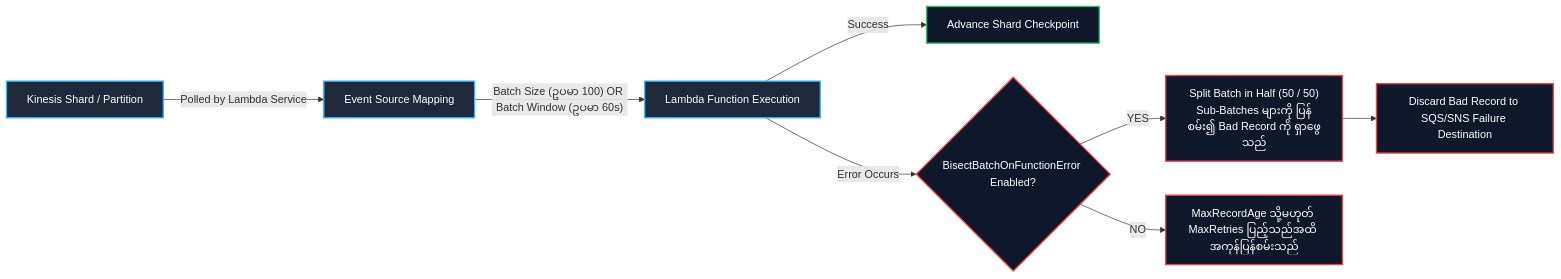
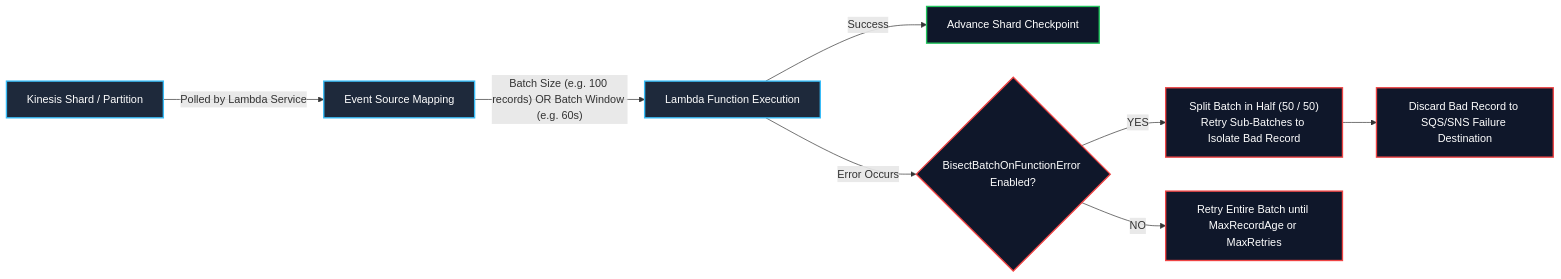
One commit to Wathon/aws-dea-c01-note changed the third of 7 diagrams in content/mm/02-services/compute-containers/lambda.md. Above: the diagram before and after it, drawn with Mermaid. The commit also changed other lines of this file and 41 other files, not shown here.

````diff
--- a/content/mm/02-services/compute-containers/lambda.md
+++ b/content/mm/02-services/compute-containers/lambda.md
@@ -134,21 +145,21 @@
 ```mermaid
 graph LR
     Shard["Kinesis Shard / Partition"] -->|"Polled by Lambda Service"| ESM["Event Source Mapping"]
-    ESM -->|"Batch Size (ဥပမာ 100) OR Batch Window (ဥပမာ 60s)"| LambdaExec["Lambda Function Execution"]
+    ESM -->|"Batch Size (e.g. 100 records) OR Batch Window (e.g. 60s)"| LambdaExec["Lambda Function Execution"]
     
     LambdaExec -->|"Success"| Commit["Advance Shard Checkpoint"]
     LambdaExec -->|"Error Occurs"| BisectCheck{"BisectBatchOnFunctionError Enabled?"}
     
-    BisectCheck -->|"YES"| Split["Split Batch in Half (50 / 50)<br/>Sub-Batches များကို ပြန်စမ်း၍ Bad Record ကို ရှာဖွေသည်"]
-    BisectCheck -->|"NO"| RetryLoop["MaxRecordAge သို့မဟုတ် MaxRetries ပြည့်သည်အထိ အကုန်ပြန်စမ်းသည်"]
+    BisectCheck -->|"YES"| Split["Split Batch in Half (50 / 50)<br/>Retry Sub-Batches to Isolate Bad Record"]
+    BisectCheck -->|"NO"| RetryLoop["Retry Entire Batch until MaxRecordAge or MaxRetries"]
     
     Split --> Drop["Discard Bad Record to SQS/SNS Failure Destination"]
 
     classDef esm fill:#1e293b,stroke:#38bdf8,stroke-width:2px,color:#fff;
     classDef err fill:#0f172a,stroke:#ef4444,stroke-width:2px,color:#fff;
     classDef succ fill:#0f172a,stroke:#22c55e,stroke-width:2px,color:#fff;
 
     class Shard,ESM,LambdaExec esm;
     class BisectCheck,Split,RetryLoop,Drop err;
     class Commit succ;
 ```
````
